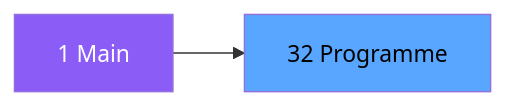
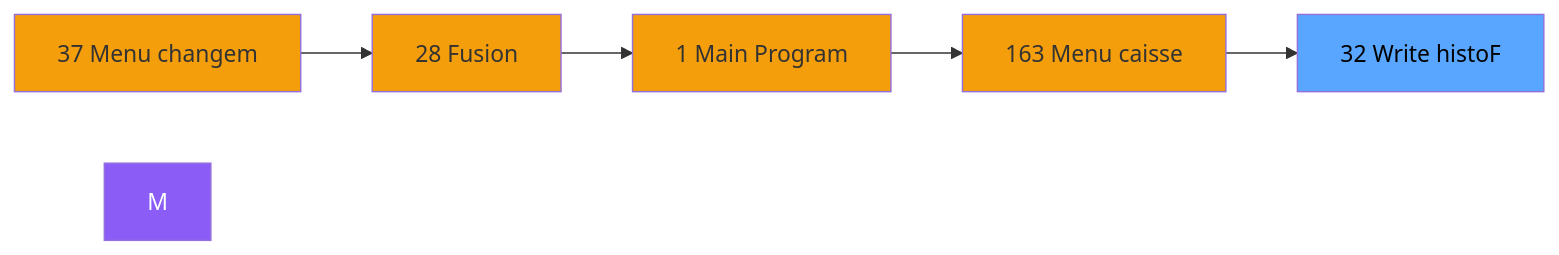
Before and after one commit to thonyAGP/magic-migration: the second of 3 diagrams in .openspec/specs/ADH-IDE-32.md, drawn with Mermaid. The commit also changed other lines of this file and 323 other files, not shown here.

````diff
--- a/.openspec/specs/ADH-IDE-32.md
+++ b/.openspec/specs/ADH-IDE-32.md
@@ -98,8 +116,18 @@
 ```mermaid
 graph LR
-    M[1 Main]
-    T[32 Programme]
-    M --> T
+    N37[37 Menu changem]
+    N28[28 Fusion]
+    N1[1 Main Program]
+    N163[163 Menu caisse ]
+    T[32 Write histoF]
+    N37 --> N28
+    N28 --> N1
+    N1 --> N163
+    N163 --> T
     style M fill:#8b5cf6,color:#fff
+    style N37 fill:#f59e0b
+    style N28 fill:#f59e0b
+    style N1 fill:#f59e0b
+    style N163 fill:#f59e0b
     style T fill:#58a6ff,color:#000
 ```
````
